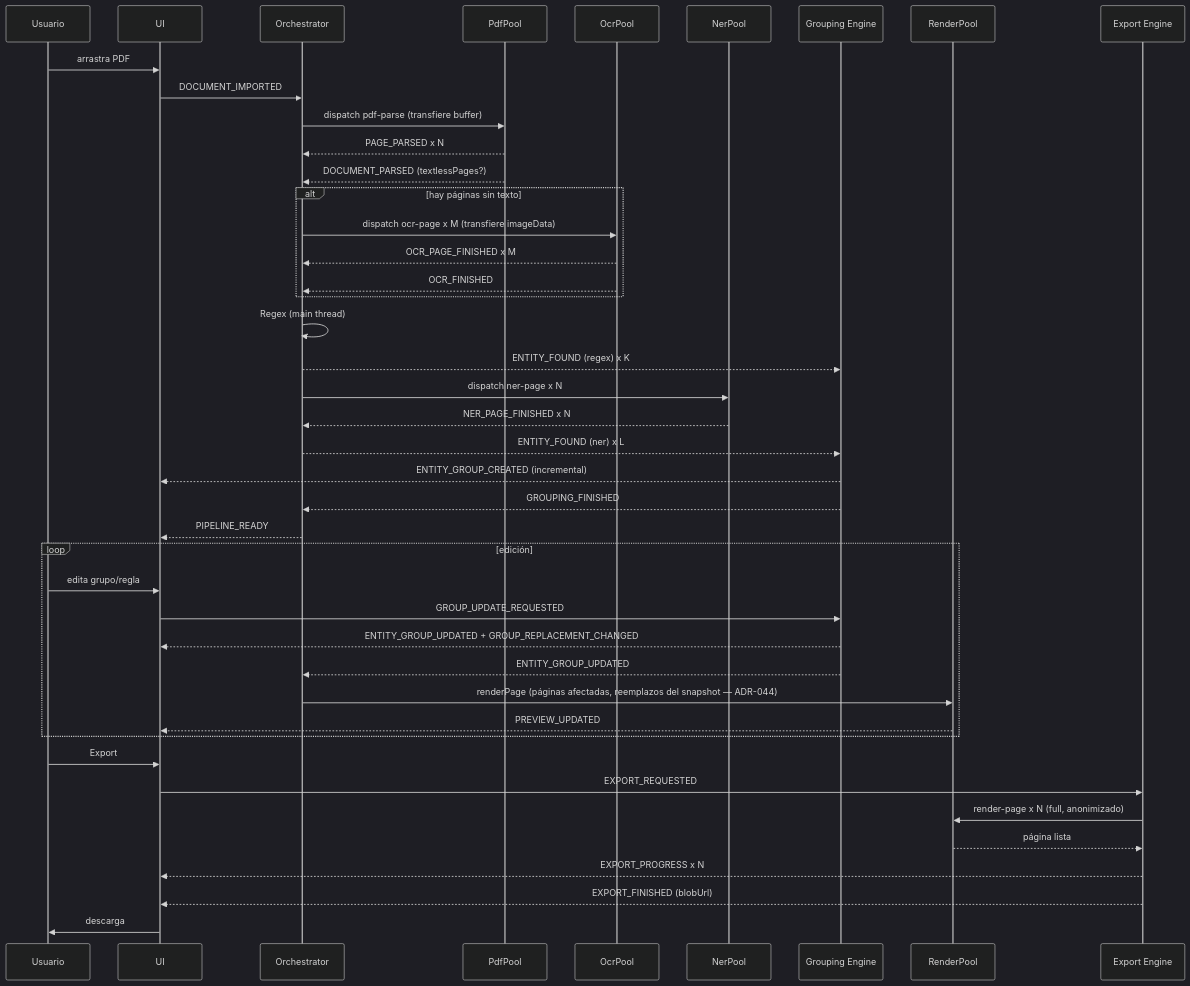
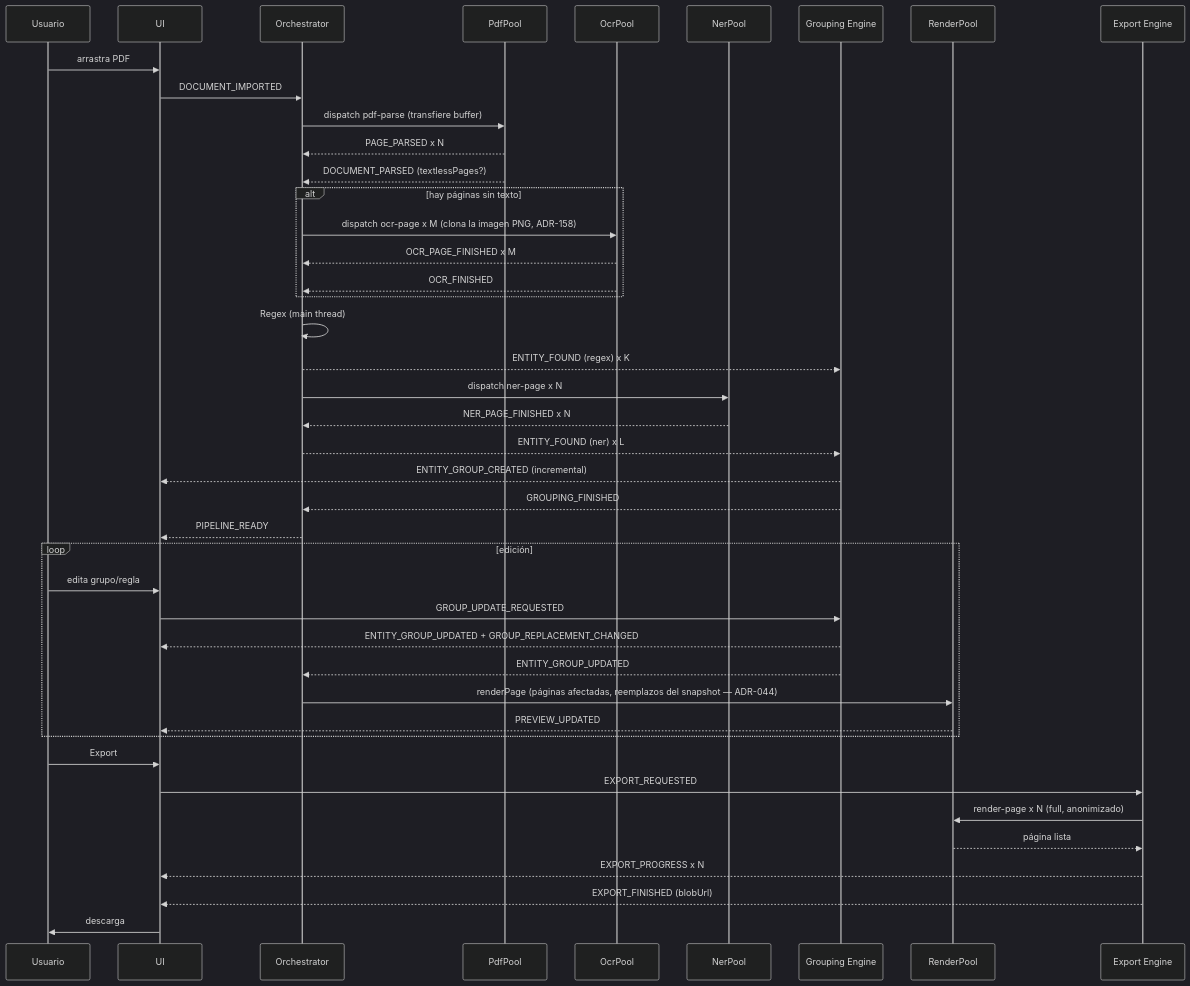
Before and after one commit to sgiambelluca/Anonly: the diagram in docs/architecture/06_Pipeline.md, drawn with Mermaid (dark theme). The commit also changed other lines of this file and 5 other files, not shown here.

````diff
--- a/docs/architecture/06_Pipeline.md
+++ b/docs/architecture/06_Pipeline.md
@@ -283,46 +283,46 @@
 ```mermaid
 sequenceDiagram
   participant U as Usuario
   participant UI
   participant Orch as Orchestrator
   participant PP as PdfPool
   participant OP as OcrPool
   participant NP as NerPool
   participant GE as Grouping Engine
   participant RP as RenderPool
   participant EE as Export Engine
 
   U->>UI: arrastra PDF
   UI->>Orch: DOCUMENT_IMPORTED
   Orch->>PP: dispatch pdf-parse (transfiere buffer)
   PP-->>Orch: PAGE_PARSED x N
   PP-->>Orch: DOCUMENT_PARSED (textlessPages?)
   alt hay páginas sin texto
-    Orch->>OP: dispatch ocr-page x M (transfiere imageData)
+    Orch->>OP: dispatch ocr-page x M (clona la imagen PNG, ADR-158)
     OP-->>Orch: OCR_PAGE_FINISHED x M
     OP-->>Orch: OCR_FINISHED
   end
   Orch->>Orch: Regex (main thread)
   Orch-->>GE: ENTITY_FOUND (regex) x K
   Orch->>NP: dispatch ner-page x N
   NP-->>Orch: NER_PAGE_FINISHED x N
   Orch-->>GE: ENTITY_FOUND (ner) x L
   GE-->>UI: ENTITY_GROUP_CREATED (incremental)
   GE-->>Orch: GROUPING_FINISHED
   Orch-->>UI: PIPELINE_READY
   loop edición
     U->>UI: edita grupo/regla
     UI->>GE: GROUP_UPDATE_REQUESTED
     GE-->>UI: ENTITY_GROUP_UPDATED + GROUP_REPLACEMENT_CHANGED
     GE-->>Orch: ENTITY_GROUP_UPDATED
     Orch->>RP: renderPage (páginas afectadas, reemplazos del snapshot — ADR-044)
     RP-->>UI: PREVIEW_UPDATED
   end
   U->>UI: Export
   UI->>EE: EXPORT_REQUESTED
   EE->>RP: render-page x N (full, anonimizado)
   RP-->>EE: página lista
   EE-->>UI: EXPORT_PROGRESS x N
   EE-->>UI: EXPORT_FINISHED (blobUrl)
   UI->>U: descarga
 ```
````
